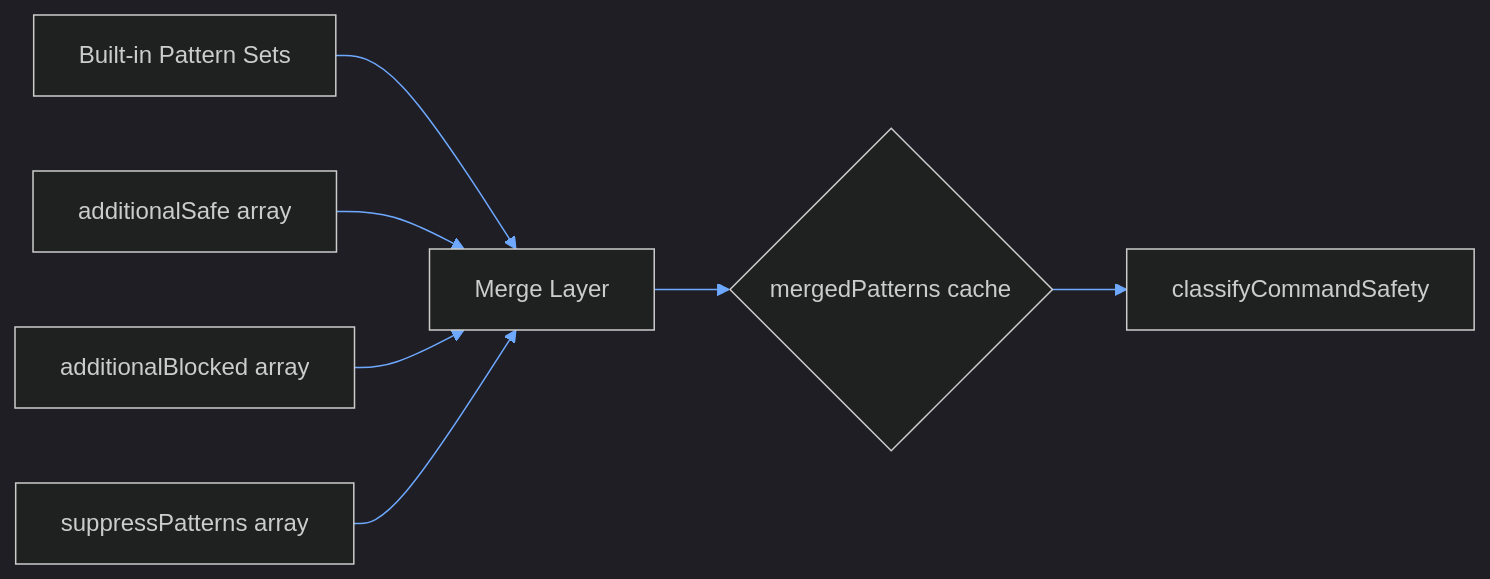
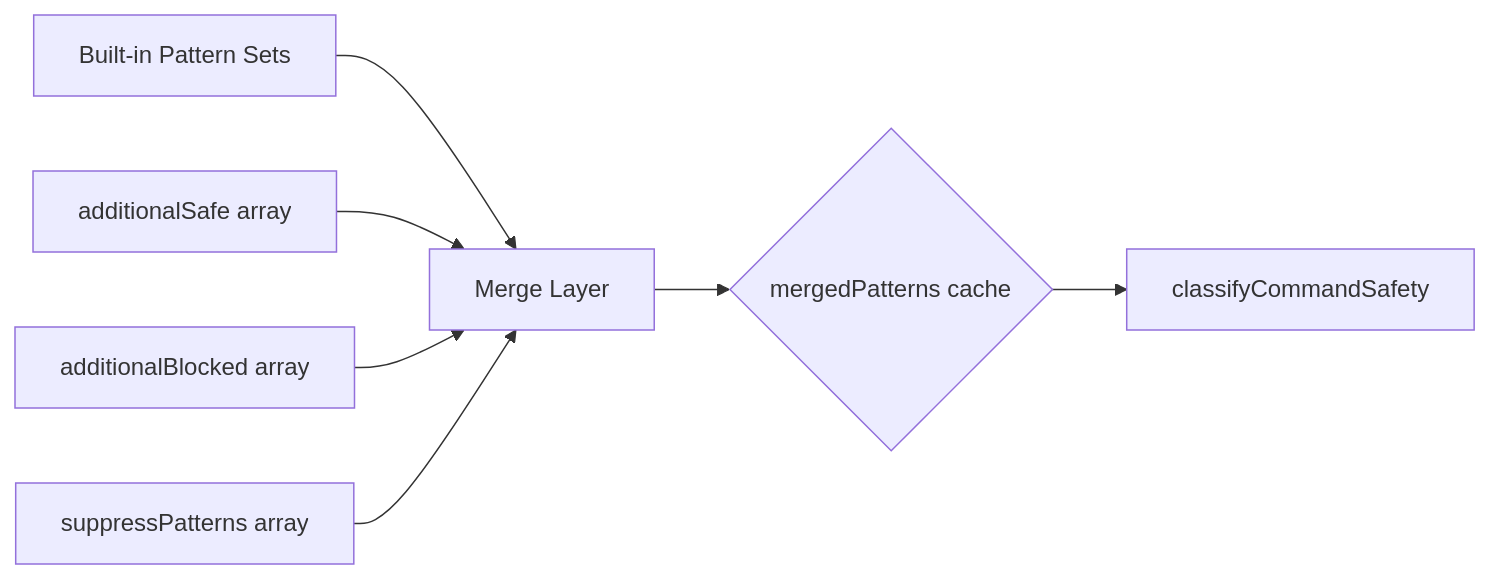
Before and after one commit to jagilber-org/powershell-mcp-server: the tenth of 11 diagrams in docs/ARCHITECTURE.md, drawn with Mermaid. The commit also changed other lines of this file and 52 other files, not shown here.

````diff
--- a/docs/ARCHITECTURE.md
+++ b/docs/ARCHITECTURE.md
@@ -451,10 +413,9 @@
 ```mermaid
-%%{init: {"theme":"dark","themeVariables": { "primaryColor": "#1e2730","primaryTextColor":"#e6f1ff","primaryBorderColor":"#4fa3ff","lineColor":"#6ea8ff","secondaryColor":"#2a3542","tertiaryColor":"#16202a"}}}%%
 flowchart LR
     DEFAULT[Built-in Pattern Sets] --> MERGE[Merge Layer]
     ADD_SAFE[additionalSafe array] --> MERGE
     ADD_BLOCK[additionalBlocked array] --> MERGE
     SUPPRESS[suppressPatterns array] --> MERGE
     MERGE --> RUNTIME{mergedPatterns cache}
     RUNTIME --> CLASSIFY[classifyCommandSafety]
 ```
````
